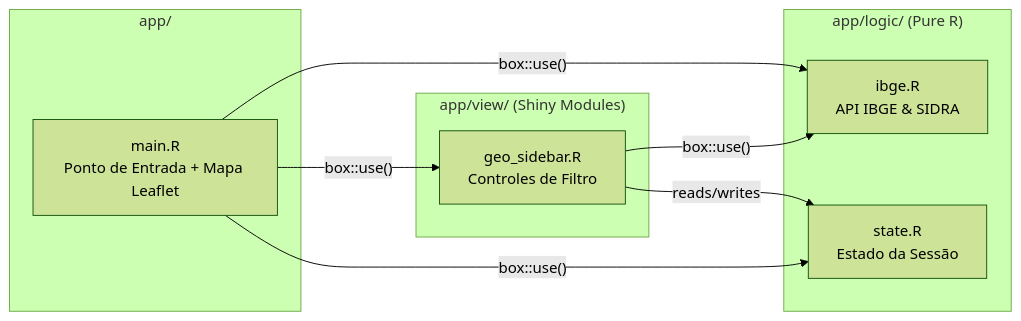
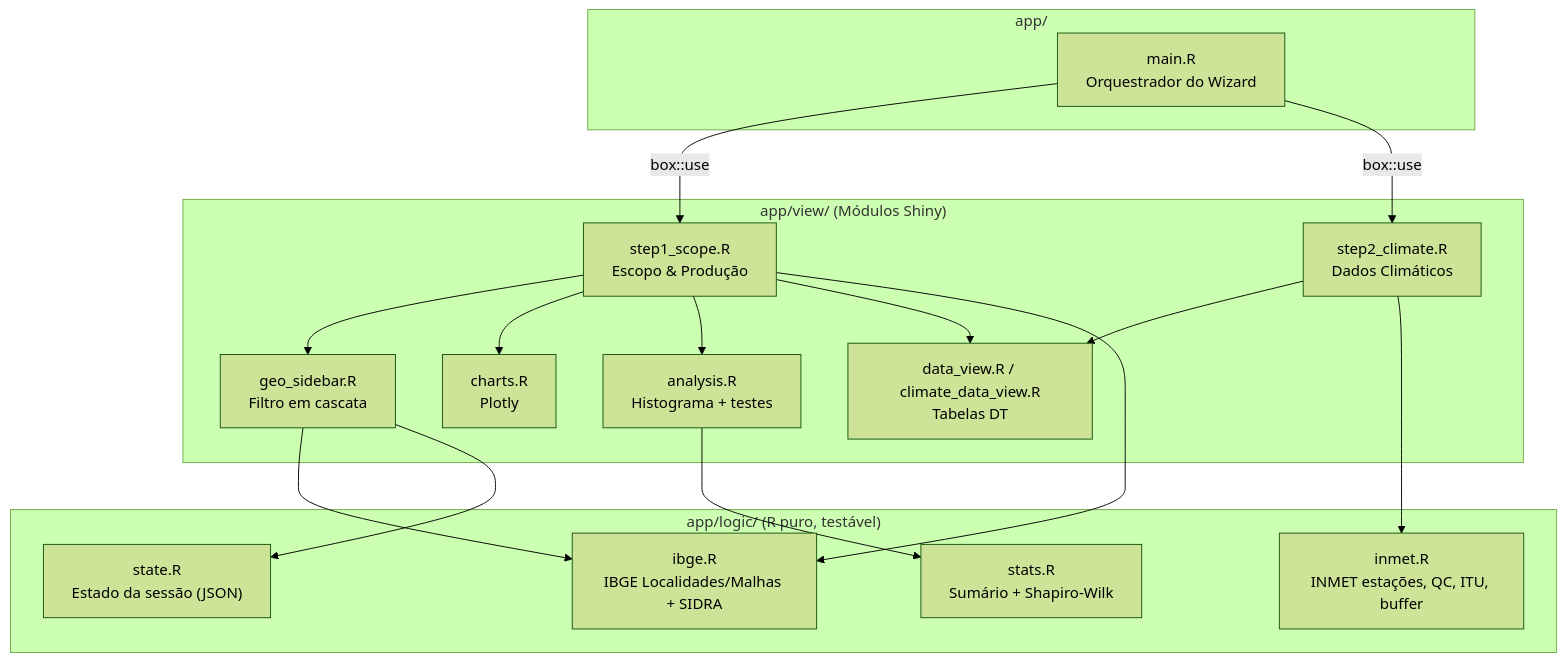
One commit to santosangel0/zarc-app changed the first of 2 diagrams in docs/architecture.md. Above: the diagram before and after it, drawn with Mermaid (forest theme). The commit also changed other lines of this file and 1 other file, not shown here.

Commit message:
docs: update README and architecture docs for 2-step wizard with INMET climate data

````diff
--- a/docs/architecture.md
+++ b/docs/architecture.md
@@ -11,21 +16,31 @@
 ```mermaid
-graph LR
-    subgraph "app/logic/ (Pure R)"
-        IBGE["ibge.R<br/>API IBGE & SIDRA"]
-        STATE["state.R<br/>Estado da Sessão"]
+graph TB
+    subgraph "app/logic/ (R puro, testável)"
+        IBGE["ibge.R<br/>IBGE Localidades/Malhas + SIDRA"]
+        INMET["inmet.R<br/>INMET estações, QC, ITU, buffer"]
+        STATE["state.R<br/>Estado da sessão (JSON)"]
+        STATS["stats.R<br/>Sumário + Shapiro-Wilk"]
     end
 
-    subgraph "app/view/ (Shiny Modules)"
-        GEO["geo_sidebar.R<br/>Controles de Filtro"]
+    subgraph "app/view/ (Módulos Shiny)"
+        STEP1["step1_scope.R<br/>Escopo & Produção"]
+        STEP2["step2_climate.R<br/>Dados Climáticos"]
+        GEO["geo_sidebar.R<br/>Filtro em cascata"]
+        CHARTS["charts.R<br/>Plotly"]
+        ANALYSIS["analysis.R<br/>Histograma + testes"]
+        DATAVIEW["data_view.R / climate_data_view.R<br/>Tabelas DT"]
     end
 
     subgraph "app/"
-        MAIN["main.R<br/>Ponto de Entrada + Mapa Leaflet"]
+        MAIN["main.R<br/>Orquestrador do Wizard"]
     end
 
-    GEO -->|"box::use()"| IBGE
-    MAIN -->|"box::use()"| GEO
-    MAIN -->|"box::use()"| IBGE
-    MAIN -->|"box::use()"| STATE
-    GEO -->|reads/writes| STATE
+    MAIN -->|box::use| STEP1
+    MAIN -->|box::use| STEP2
+    STEP1 --> GEO & CHARTS & ANALYSIS & DATAVIEW
+    STEP2 --> DATAVIEW
+    GEO --> IBGE & STATE
+    STEP1 --> IBGE
+    STEP2 --> INMET
+    ANALYSIS --> STATS
 ```
````
